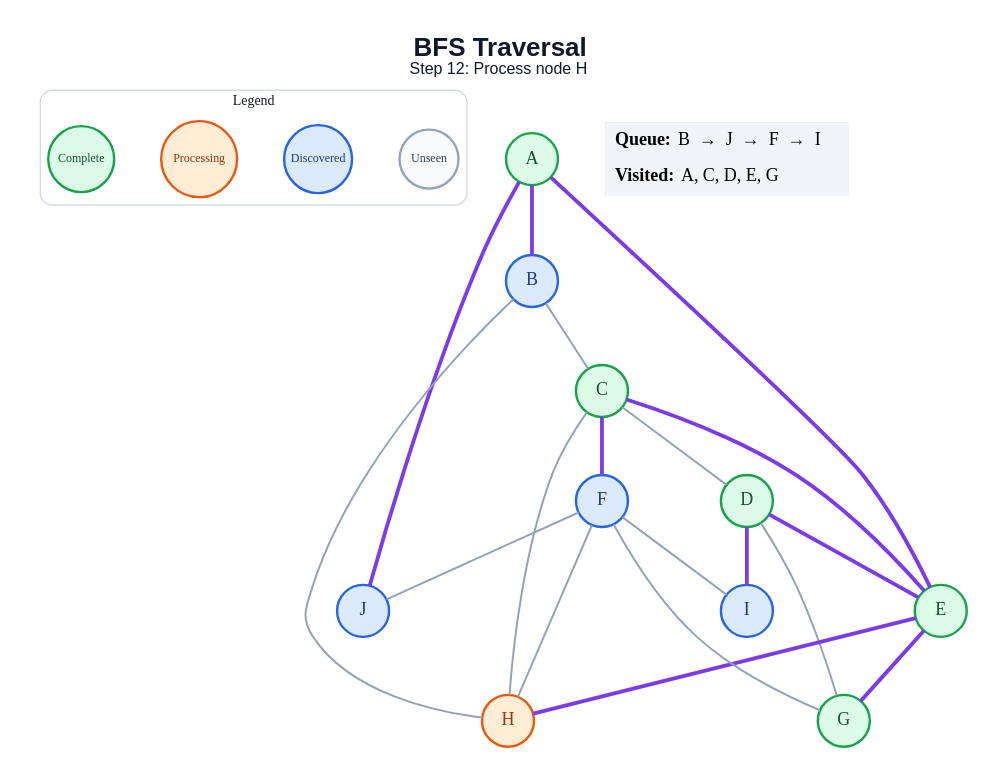
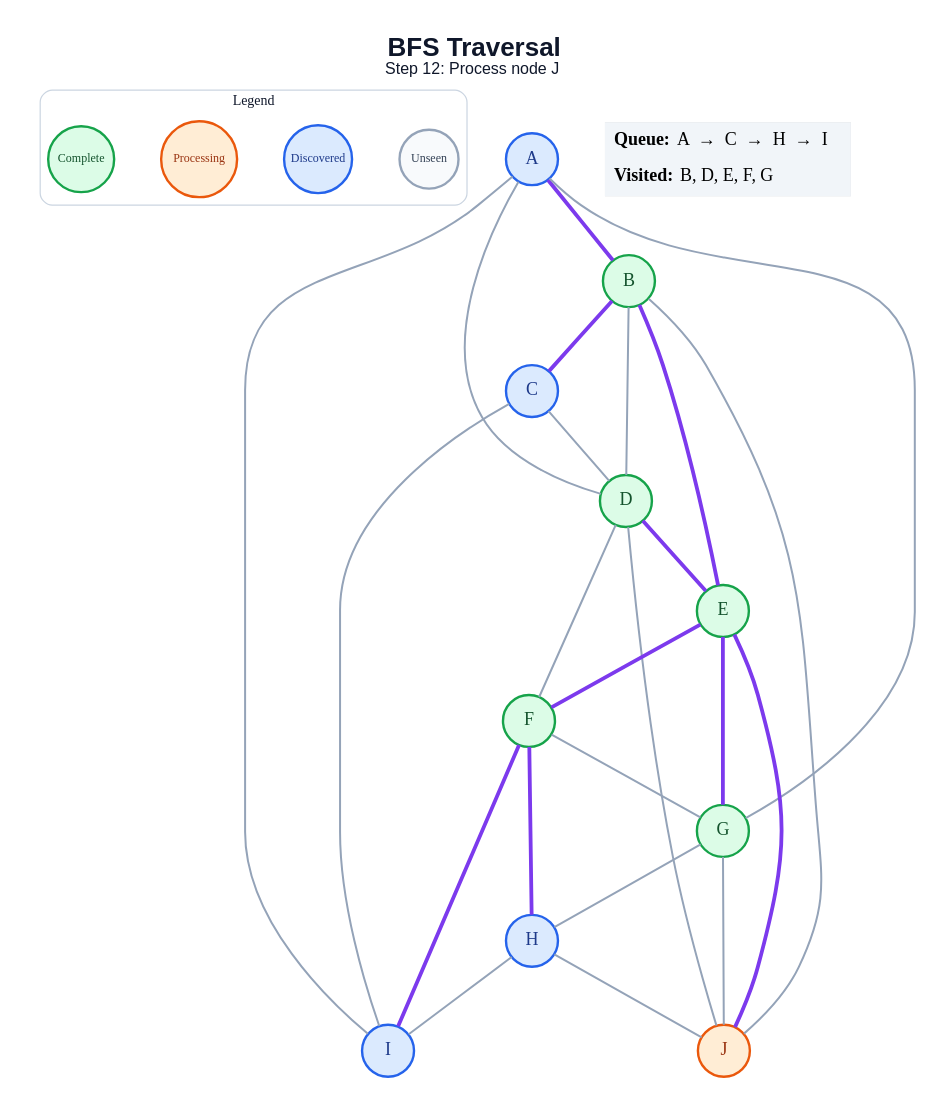
Before and after one commit to amanghodawala9/ai-slop: the diagram in generated/specific-node/bfs/step_12.dot, drawn with Graphviz. The commit also changed 178 other files, not shown here.

```diff
--- a/generated/specific-node/bfs/step_12.dot
+++ b/generated/specific-node/bfs/step_12.dot
@@ -1,47 +1,52 @@
 graph traversal {
   graph [layout=dot, rankdir=TB, bgcolor="#FFFFFF", pad="0.35", nodesep="0.65", ranksep="0.8", fontname="Arial"];
   node [shape=circle, style="filled", fontname="Arial Bold", fontsize=18, width=0.72, fixedsize=true, penwidth=2.4];
   edge [color="#94A3B8", penwidth=2.0];
-  label=<<B>BFS Traversal</B><BR/><FONT POINT-SIZE="16">Step 12: Process node H</FONT>>; labelloc="t"; fontsize=26; fontname="Arial"; fontcolor="#0F172A";
+  label=<<B>BFS Traversal</B><BR/><FONT POINT-SIZE="16">Step 12: Process node J</FONT>>; labelloc="t"; fontsize=26; fontname="Arial"; fontcolor="#0F172A";
   subgraph cluster_legend { label="Legend"; color="#CBD5E1"; penwidth=1.2; style="rounded"; fontsize=14; fontname="Arial Bold";
     key_unseen [label="Unseen", fillcolor="#F8FAFC", color="#94A3B8", fontcolor="#334155", fontsize=12, width=0.82];
     key_frontier [label="Discovered", fillcolor="#DBEAFE", color="#2563EB", fontcolor="#1E3A8A", fontsize=12, width=0.95];
     key_current [label="Processing", fillcolor="#FFEDD5", color="#EA580C", fontcolor="#9A3412", fontsize=12, width=1.05];
     key_done [label="Complete", fillcolor="#DCFCE7", color="#16A34A", fontcolor="#14532D", fontsize=12, width=0.92];
     { rank=same; key_unseen; key_frontier; key_current; key_done; }
   }
-  A [fillcolor="#DCFCE7", color="#16A34A", fontcolor="#14532D"];
-  B [fillcolor="#DBEAFE", color="#2563EB", fontcolor="#1E3A8A"];
-  C [fillcolor="#DCFCE7", color="#16A34A", fontcolor="#14532D"];
+  A [fillcolor="#DBEAFE", color="#2563EB", fontcolor="#1E3A8A"];
+  B [fillcolor="#DCFCE7", color="#16A34A", fontcolor="#14532D"];
+  C [fillcolor="#DBEAFE", color="#2563EB", fontcolor="#1E3A8A"];
   D [fillcolor="#DCFCE7", color="#16A34A", fontcolor="#14532D"];
   E [fillcolor="#DCFCE7", color="#16A34A", fontcolor="#14532D"];
-  F [fillcolor="#DBEAFE", color="#2563EB", fontcolor="#1E3A8A"];
+  F [fillcolor="#DCFCE7", color="#16A34A", fontcolor="#14532D"];
   G [fillcolor="#DCFCE7", color="#16A34A", fontcolor="#14532D"];
-  H [fillcolor="#FFEDD5", color="#EA580C", fontcolor="#9A3412"];
+  H [fillcolor="#DBEAFE", color="#2563EB", fontcolor="#1E3A8A"];
   I [fillcolor="#DBEAFE", color="#2563EB", fontcolor="#1E3A8A"];
-  J [fillcolor="#DBEAFE", color="#2563EB", fontcolor="#1E3A8A"];
+  J [fillcolor="#FFEDD5", color="#EA580C", fontcolor="#9A3412"];
   A -- B [color="#7C3AED", penwidth=3.8];
-  A -- E [color="#7C3AED", penwidth=3.8];
-  A -- J [color="#7C3AED", penwidth=3.8];
-  B -- C;
-  B -- H;
+  A -- D;
+  A -- G;
+  A -- I;
+  B -- C [color="#7C3AED", penwidth=3.8];
+  B -- D;
+  B -- E [color="#7C3AED", penwidth=3.8];
+  B -- J;
   C -- D;
-  C -- E [color="#7C3AED", penwidth=3.8];
-  C -- F [color="#7C3AED", penwidth=3.8];
-  C -- H;
+  C -- I;
   D -- E [color="#7C3AED", penwidth=3.8];
-  D -- G;
-  D -- I [color="#7C3AED", penwidth=3.8];
+  D -- F;
+  D -- J;
+  E -- F [color="#7C3AED", penwidth=3.8];
   E -- G [color="#7C3AED", penwidth=3.8];
-  E -- H [color="#7C3AED", penwidth=3.8];
+  E -- J [color="#7C3AED", penwidth=3.8];
   F -- G;
-  F -- H;
-  F -- I;
-  F -- J;
+  F -- H [color="#7C3AED", penwidth=3.8];
+  F -- I [color="#7C3AED", penwidth=3.8];
+  G -- H;
+  G -- J;
+  H -- I;
+  H -- J;
   status [shape=plain, fixedsize=false, width=0, height=0, margin=0, label=<
     <TABLE BORDER="0" CELLBORDER="0" CELLPADDING="7" BGCOLOR="#F1F5F9">
-      <TR><TD ALIGN="LEFT"><B>Queue:</B> B  →  J  →  F  →  I</TD></TR>
-      <TR><TD ALIGN="LEFT"><B>Visited:</B> A, C, D, E, G</TD></TR>
+      <TR><TD ALIGN="LEFT"><B>Queue:</B> A  →  C  →  H  →  I</TD></TR>
+      <TR><TD ALIGN="LEFT"><B>Visited:</B> B, D, E, F, G</TD></TR>
     </TABLE>
   >];
 }
```
